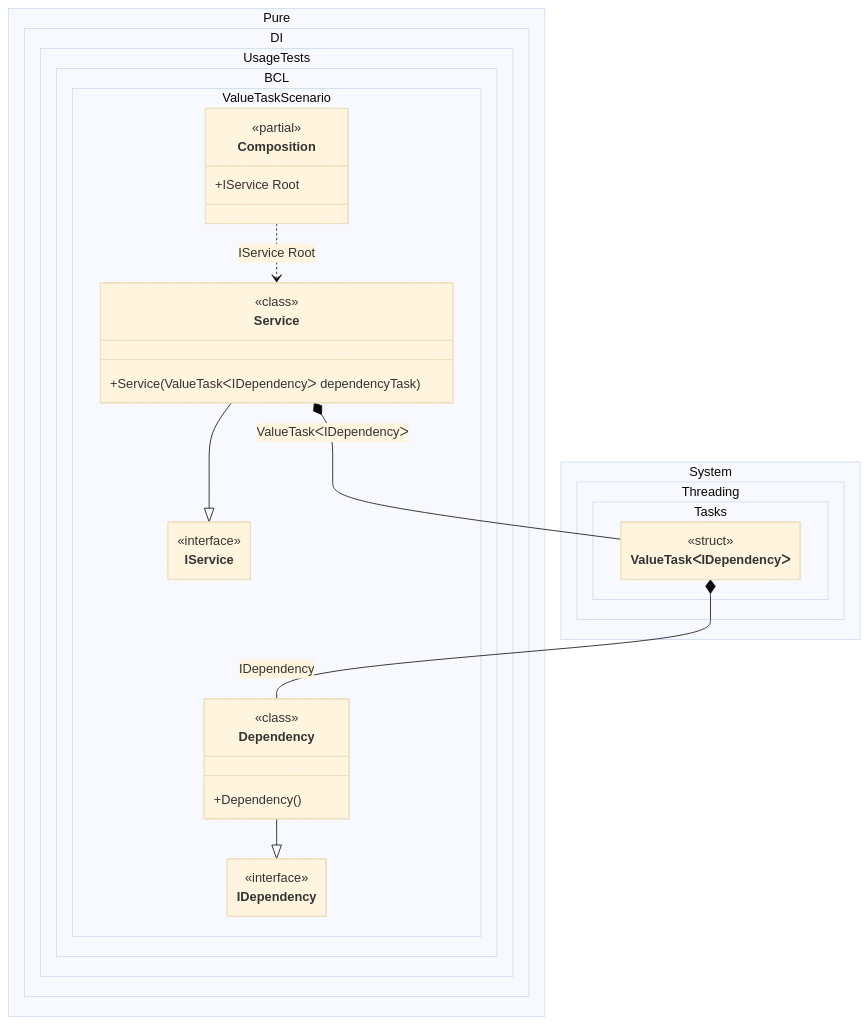
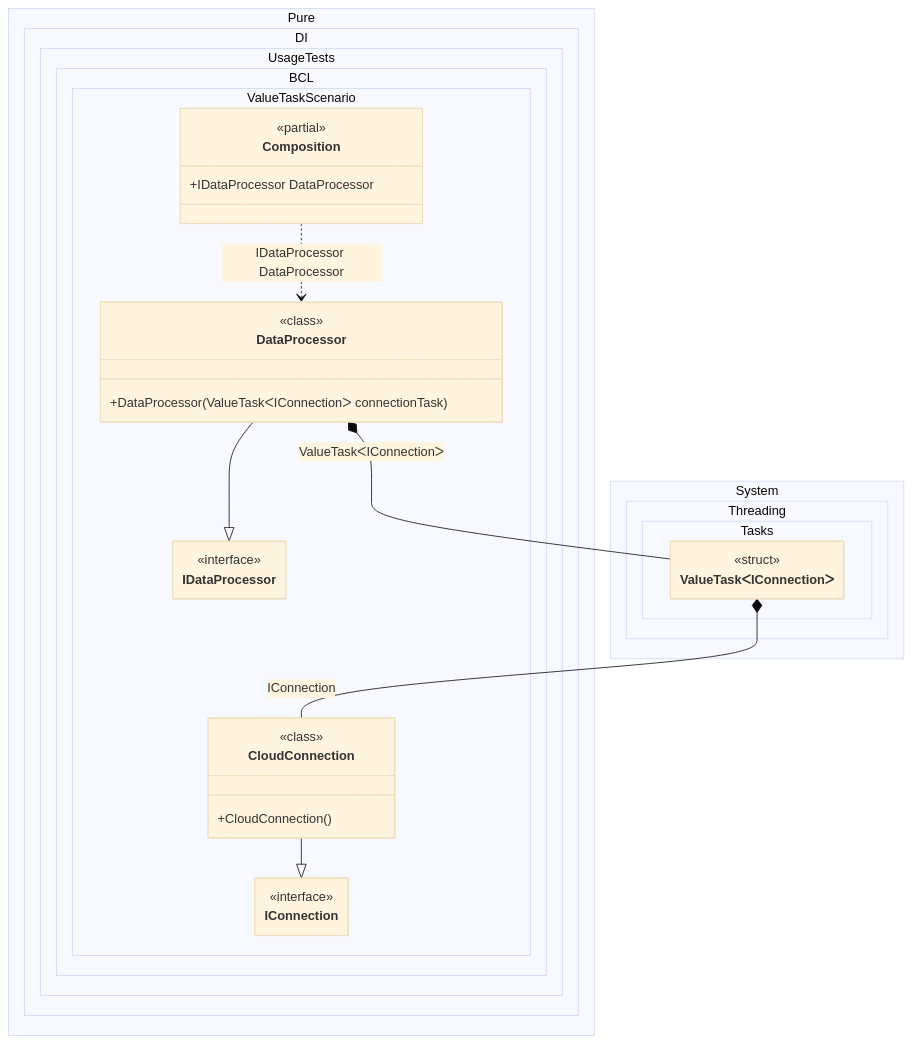
One commit to DevTeam/Pure.DI changed the diagram in readme/valuetask.md. Above: the diagram before and after it, drawn with Mermaid (base theme). The commit also changed other lines of this file and 126 other files, not shown here.

````diff
--- a/readme/valuetask.md
+++ b/readme/valuetask.md
@@ -99,40 +101,40 @@
 ```mermaid
 ---
  config:
   maxTextSize: 2147483647
   maxEdges: 2147483647
   class:
    hideEmptyMembersBox: true
 ---
 classDiagram
-	Dependency --|> IDependency
-	Service --|> IService
-	Composition ..> Service : IService Root
-	Service *--  ValueTaskᐸIDependencyᐳ : ValueTaskᐸIDependencyᐳ
-	ValueTaskᐸIDependencyᐳ *--  Dependency : IDependency
+	CloudConnection --|> IConnection
+	DataProcessor --|> IDataProcessor
+	Composition ..> DataProcessor : IDataProcessor DataProcessor
+	DataProcessor *--  ValueTaskᐸIConnectionᐳ : ValueTaskᐸIConnectionᐳ
+	ValueTaskᐸIConnectionᐳ *--  CloudConnection : IConnection
 	namespace Pure.DI.UsageTests.BCL.ValueTaskScenario {
+		class CloudConnection {
+				<<class>>
+			+CloudConnection()
+		}
 		class Composition {
 		<<partial>>
-		+IService Root
+		+IDataProcessor DataProcessor
 		}
-		class Dependency {
+		class DataProcessor {
 				<<class>>
-			+Dependency()
+			+DataProcessor(ValueTaskᐸIConnectionᐳ connectionTask)
 		}
-		class IDependency {
+		class IConnection {
 			<<interface>>
 		}
-		class IService {
+		class IDataProcessor {
 			<<interface>>
-		}
-		class Service {
-				<<class>>
-			+Service(ValueTaskᐸIDependencyᐳ dependencyTask)
 		}
 	}
 	namespace System.Threading.Tasks {
-		class ValueTaskᐸIDependencyᐳ {
+		class ValueTaskᐸIConnectionᐳ {
 				<<struct>>
 		}
 	}
 ```
````
